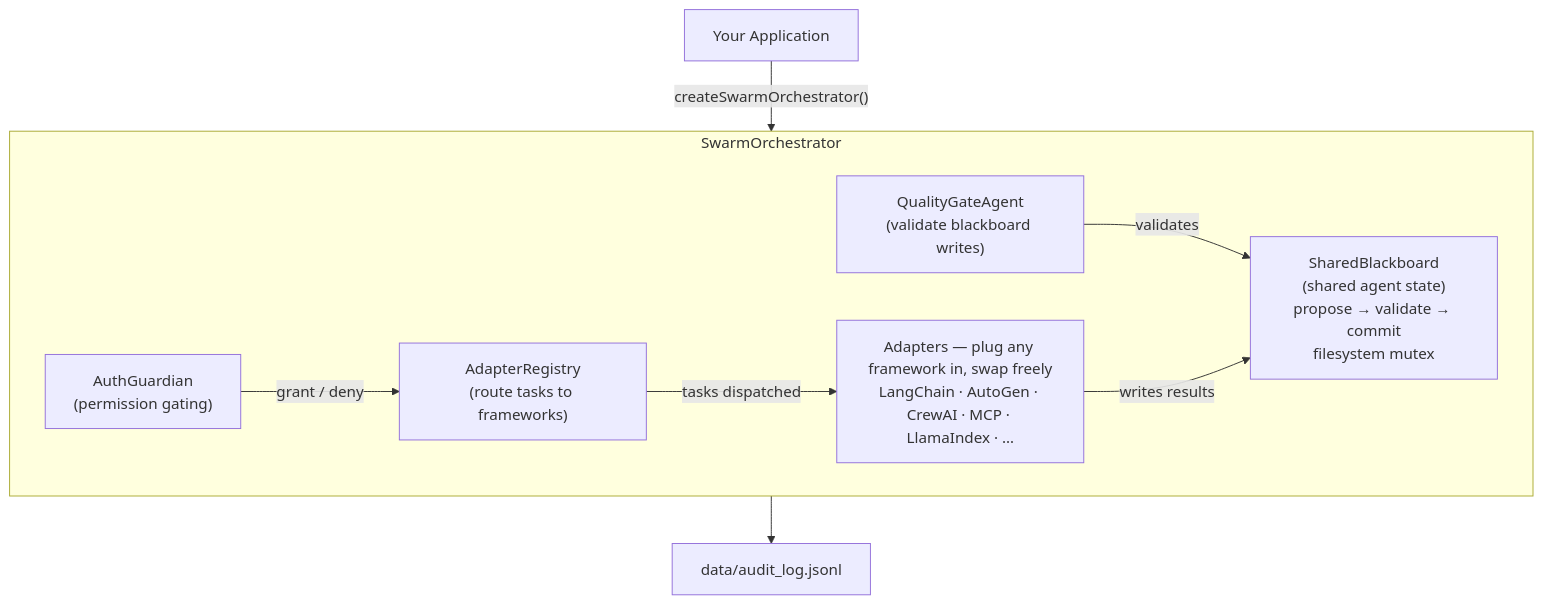
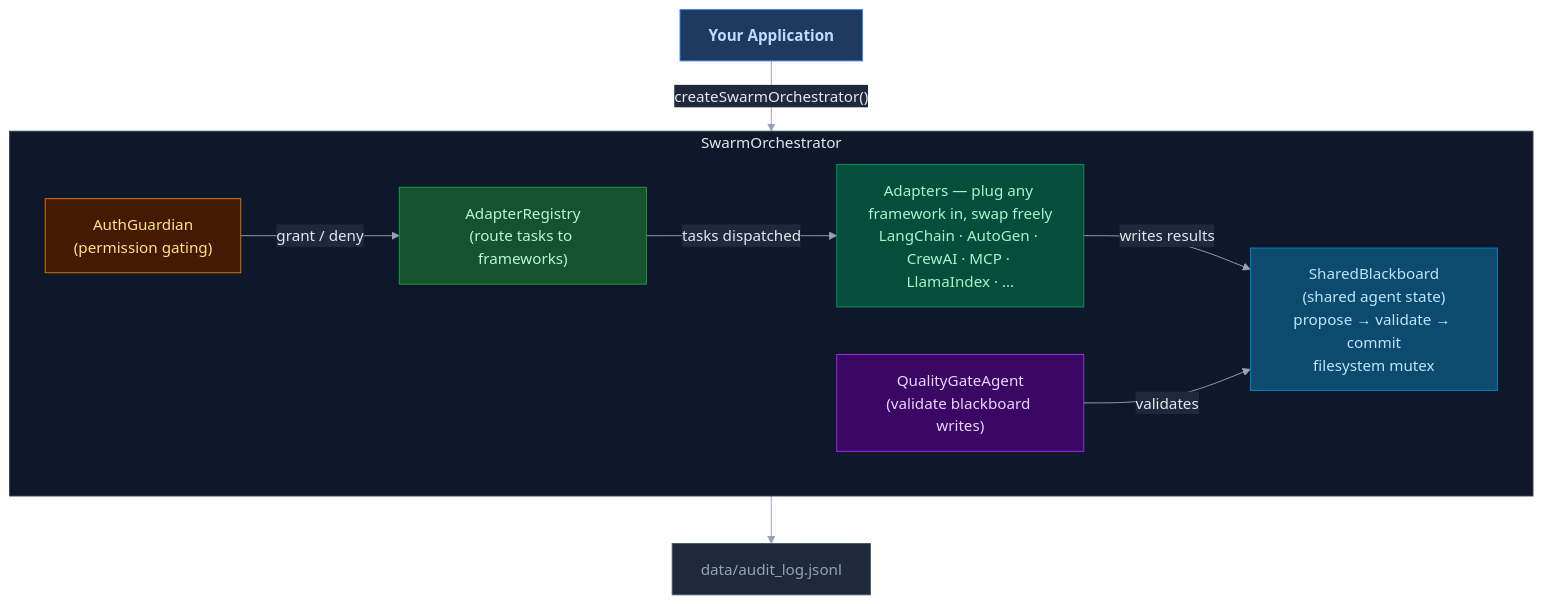
Before and after one commit to Jovancoding/Network-AI: the diagram in ARCHITECTURE.md, drawn with Mermaid. The commit also changed 1 other file, not shown here.

Commit message:
docs: switch architecture diagram to dark, easy-on-eyes palette

````diff
--- a/ARCHITECTURE.md
+++ b/ARCHITECTURE.md
@@ -36,24 +36,29 @@
 ```mermaid
+%%{init: {'theme': 'base', 'themeVariables': {'primaryColor': '#1e293b', 'primaryTextColor': '#e2e8f0', 'primaryBorderColor': '#475569', 'lineColor': '#94a3b8', 'clusterBkg': '#0f172a', 'clusterBorder': '#334155', 'edgeLabelBackground': '#1e293b', 'edgeLabelColor': '#cbd5e1', 'titleColor': '#e2e8f0'}}}%%
 flowchart TD
-    App["Your Application"]
+    classDef app        fill:#1e3a5f,stroke:#3b82f6,color:#bfdbfe,font-weight:bold
+    classDef security   fill:#451a03,stroke:#d97706,color:#fde68a
+    classDef routing    fill:#14532d,stroke:#16a34a,color:#bbf7d0
+    classDef quality    fill:#3b0764,stroke:#9333ea,color:#e9d5ff
+    classDef blackboard fill:#0c4a6e,stroke:#0284c7,color:#bae6fd
+    classDef adapters   fill:#064e3b,stroke:#059669,color:#a7f3d0
+    classDef audit      fill:#1e293b,stroke:#475569,color:#94a3b8
 
+    App["Your Application"]:::app
     App -->|"createSwarmOrchestrator()"| SO
 
     subgraph SO["SwarmOrchestrator"]
-        AR["AdapterRegistry\n(route tasks to frameworks)"]
-        AG["AuthGuardian\n(permission gating)"]
-        QG["QualityGateAgent\n(validate blackboard writes)"]
+        AG["AuthGuardian\n(permission gating)"]:::security
+        AR["AdapterRegistry\n(route tasks to frameworks)"]:::routing
+        QG["QualityGateAgent\n(validate blackboard writes)"]:::quality
+        BB["SharedBlackboard\n(shared agent state)\npropose → validate → commit\nfilesystem mutex"]:::blackboard
+        AD["Adapters — plug any framework in, swap freely\nLangChain · AutoGen · CrewAI · MCP · LlamaIndex · …"]:::adapters
 
-        AR -->|tasks dispatched| AD
-        AG -->|grant / deny| AR
-        QG -->|validates| BB
-
-        BB["SharedBlackboard\n(shared agent state)\npropose → validate → commit\nfilesystem mutex"]
-
-        AD -->|writes results| BB
-
-        AD["Adapters — plug any framework in, swap freely\nLangChain · AutoGen · CrewAI · MCP · LlamaIndex · …"]
+        AG -->|"grant / deny"| AR
+        AR -->|"tasks dispatched"| AD
+        AD -->|"writes results"| BB
+        QG -->|"validates"| BB
     end
 
-    SO --> AUDIT["data/audit_log.jsonl"]
+    SO --> AUDIT["data/audit_log.jsonl"]:::audit
 ```
````
